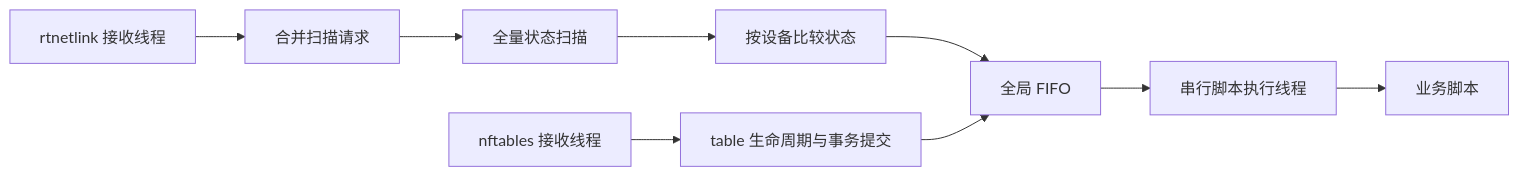
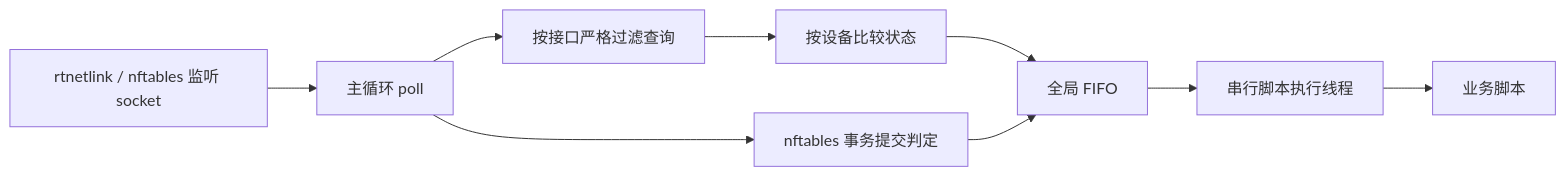
The diagram in docs/design.md (YUeH885/network-hotplug), drawn with Mermaid before and after one commit. The commit also changed other lines of this file and 26 other files, not shown here.

````diff
--- a/docs/design.md
+++ b/docs/design.md
@@ -22,11 +22,11 @@
 ```mermaid
 flowchart LR
-    R[rtnetlink 接收线程] --> M[合并扫描请求]
-    M --> Q[全量状态扫描]
-    Q --> P[按设备比较状态]
-    P --> S[全局 FIFO]
-    N[nftables 接收线程] --> D[table 生命周期与事务提交]
+    R[rtnetlink / nftables 监听 socket] --> P[主循环 poll]
+    P --> Q[按接口严格过滤查询]
+    Q --> C[按设备比较状态]
+    C --> S[全局 FIFO]
+    P --> D[nftables 事务提交判定]
     D --> S
     S --> W[串行脚本执行线程]
     W --> B[业务脚本]
 ```
````
